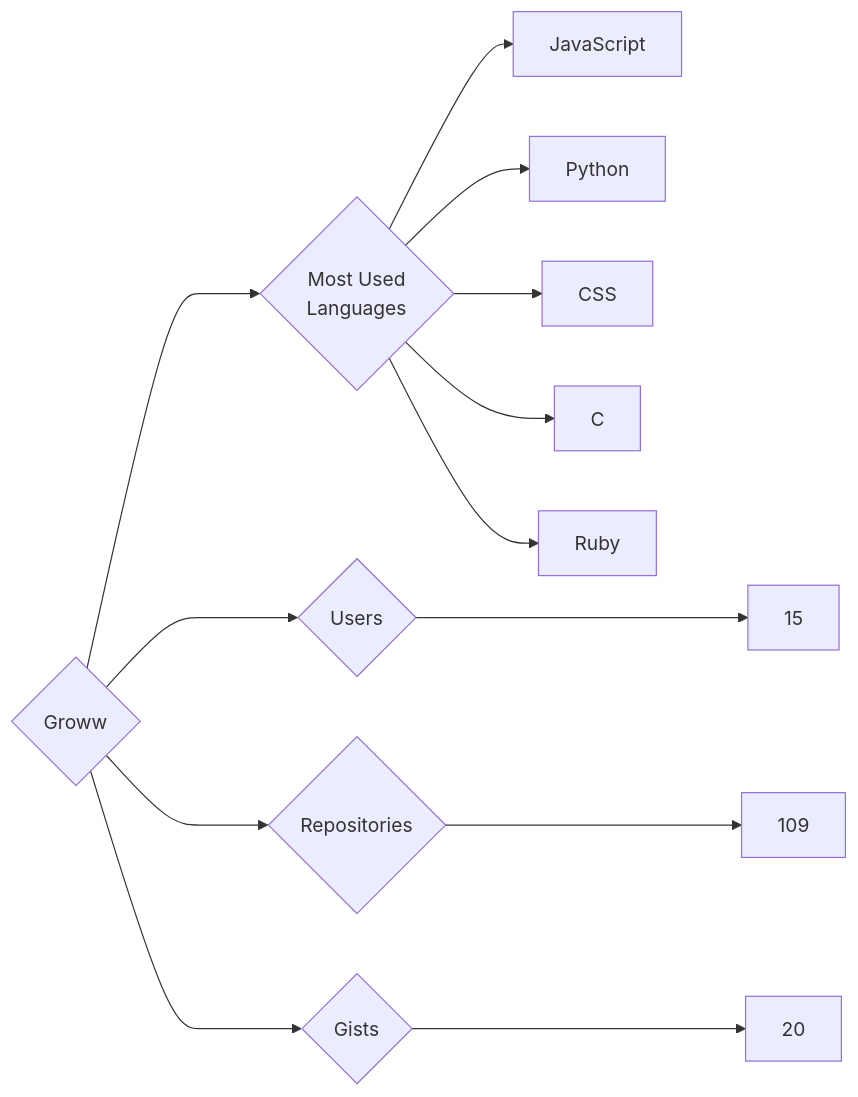
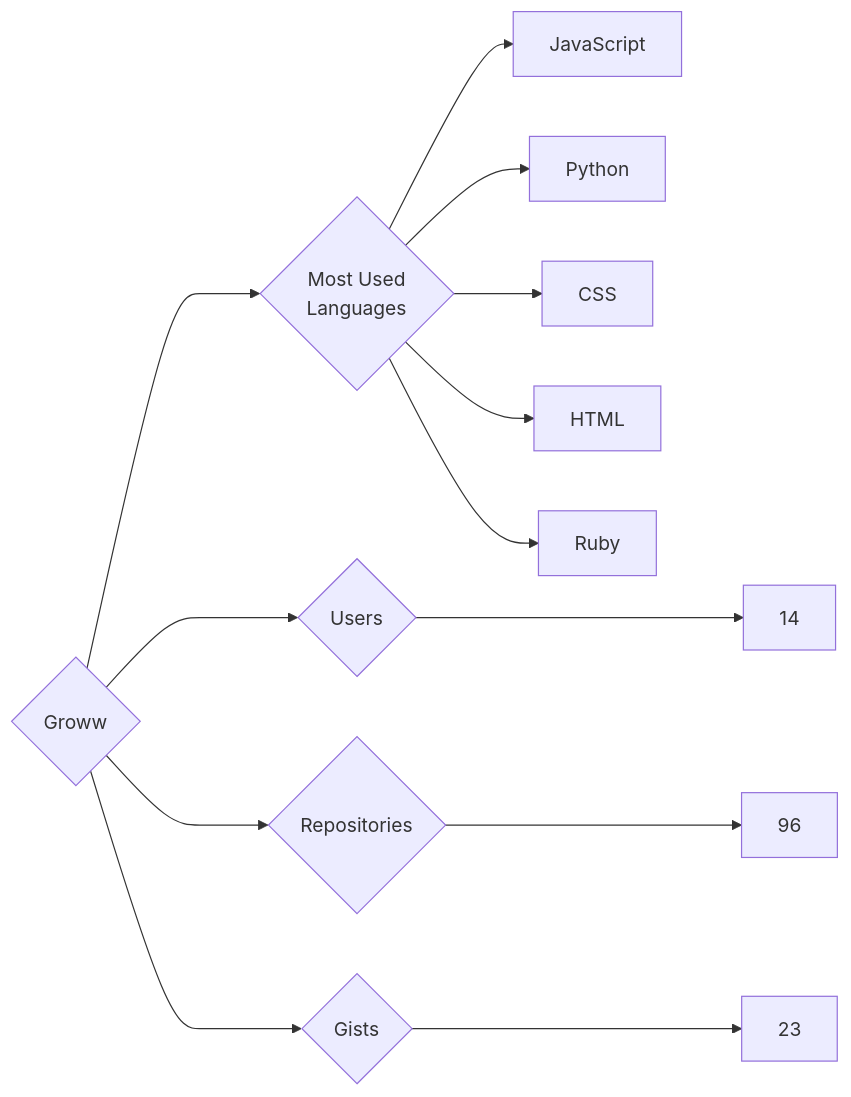
Before and after one commit to trickest/insiders: the diagram in targets/Groww/README.md, drawn with Mermaid. The commit also changed 1120 other files, not shown here.

````diff
--- a/targets/Groww/README.md
+++ b/targets/Groww/README.md
@@ -3,13 +3,13 @@
 ```mermaid
 graph LR
 COMPANY_NAME{Groww}
-COMPANY_NAME ---> U{Users} ---> UN[15]
-COMPANY_NAME ---> R{Repositories} ---> RN[109]
-COMPANY_NAME ---> G{Gists} ---> GN[20]
+COMPANY_NAME ---> U{Users} ---> UN[14]
+COMPANY_NAME ---> R{Repositories} ---> RN[96]
+COMPANY_NAME ---> G{Gists} ---> GN[23]
 COMPANY_NAME ---> ML{Most Used<br>Languages}
 ML --> JavaScript[JavaScript]
 ML --> Python[Python]
 ML --> CSS[CSS]
-ML --> C[C]
+ML --> HTML[HTML]
 ML --> Ruby[Ruby]
 ```
````
